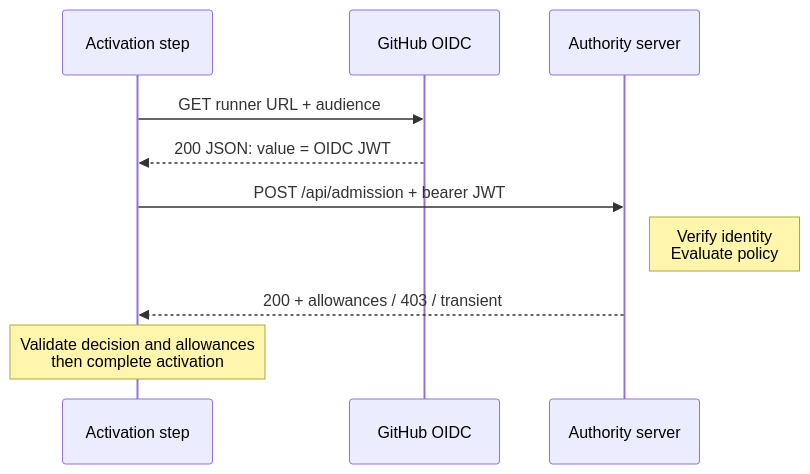
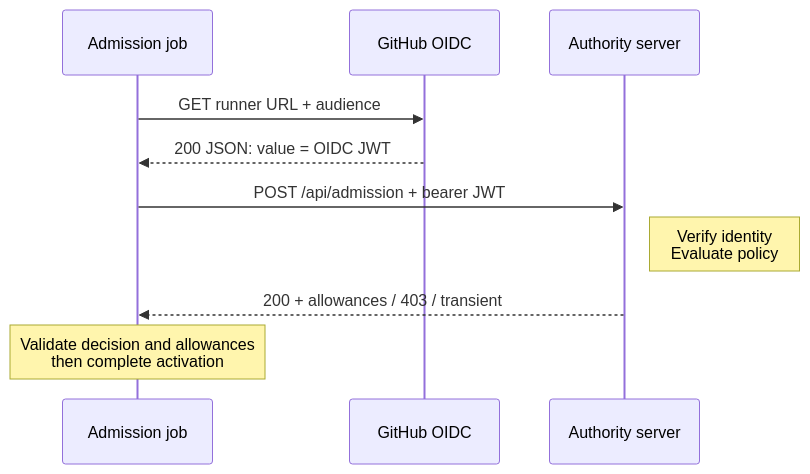
One commit to githubnext/gh-aw changed the second of 5 diagrams in docs/src/content/docs/specs/admission-service-specification.md. Above: the diagram before and after it, drawn with Mermaid. The commit also changed other lines of this file and 368 other files, not shown here.

````diff
--- a/docs/src/content/docs/specs/admission-service-specification.md
+++ b/docs/src/content/docs/specs/admission-service-specification.md
@@ -101,13 +103,13 @@
 ```mermaid
 sequenceDiagram
-    participant A as Activation step
+    participant A as Admission job
     participant G as GitHub OIDC
     participant S as Authority server
 
     A->>G: GET runner URL + audience
     G-->>A: 200 JSON: value = OIDC JWT
     A->>S: POST /api/admission + bearer JWT
     Note right of S: Verify identity<br/>Evaluate policy
     S-->>A: 200 + allowances / 403 / transient
     Note over A: Validate decision and allowances<br/>then complete activation
 ```
````
